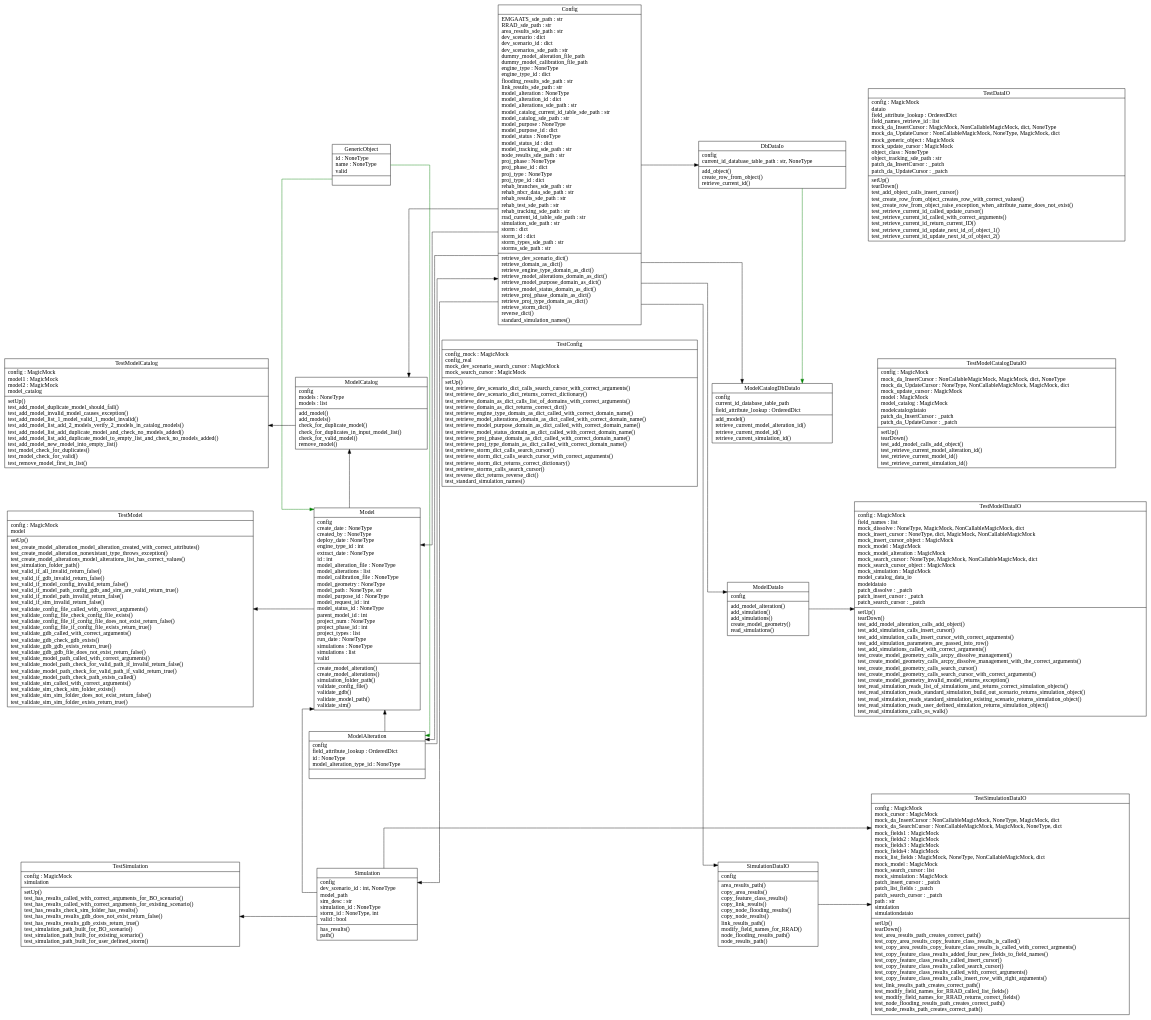
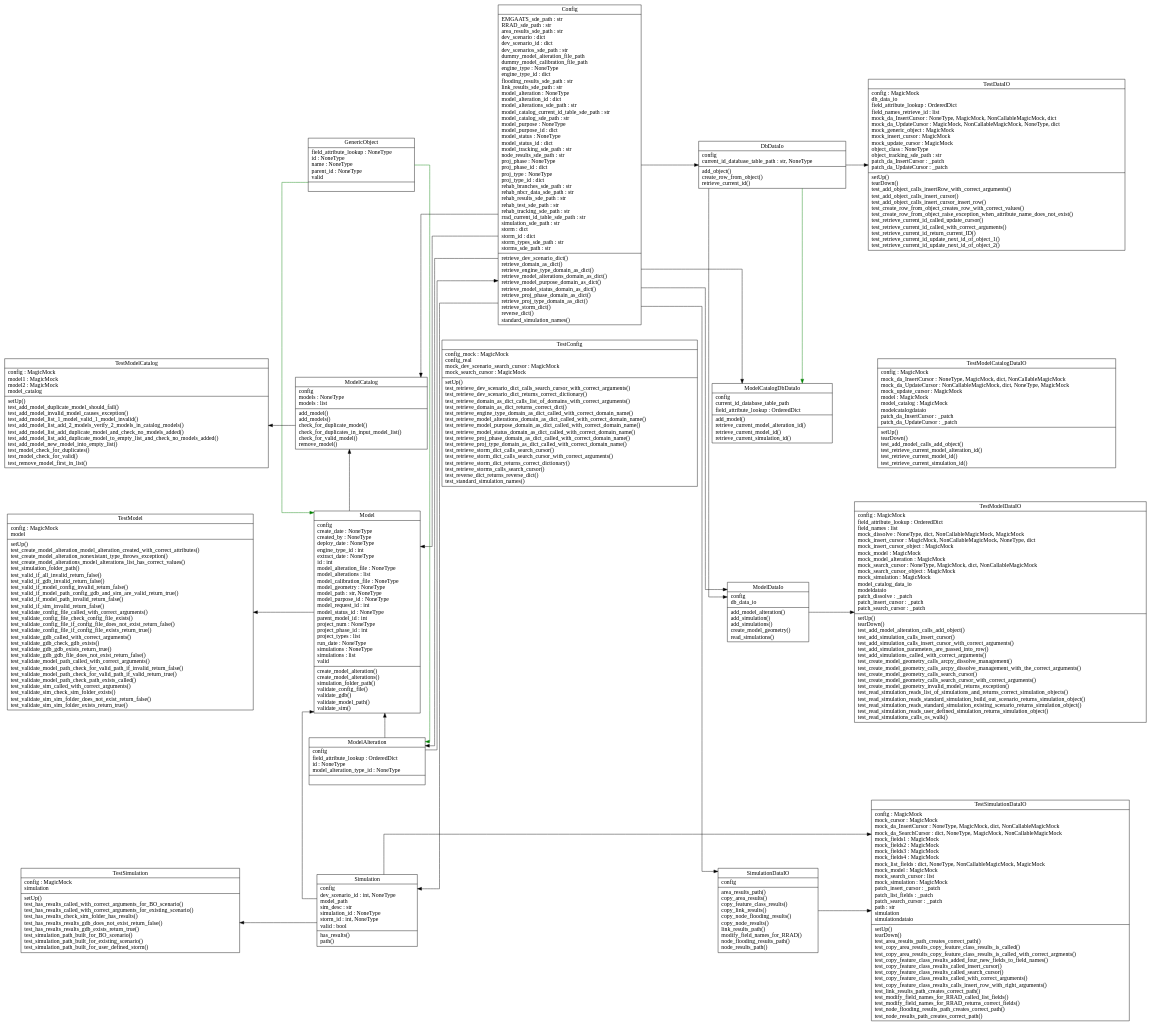
Before and after one commit to PDXBES/ModelCatalog: the diagram in docs/Class_Diagram_Tool/finalModel_Catalog.dot, drawn with Graphviz. The commit also changed 20 other files, not shown here.

Commit message:
added to model alterations

```diff
--- a/docs/Class_Diagram_Tool/finalModel_Catalog.dot
+++ b/docs/Class_Diagram_Tool/finalModel_Catalog.dot
@@ -6,22 +6,22 @@
 splines="ortho";
 "Config" [label="{Config|EMGAATS_sde_path : str\lRRAD_sde_path : str\larea_results_sde_path : str\ldev_scenario : dict\ldev_scenario_id : dict\ldev_scenarios_sde_path : str\ldummy_model_alteration_file_path\ldummy_model_calibration_file_path\lengine_type : NoneType\lengine_type_id : dict\lflooding_results_sde_path : str\llink_results_sde_path : str\lmodel_alteration : NoneType\lmodel_alteration_id : dict\lmodel_alterations_sde_path : str\lmodel_catalog_current_id_table_sde_path : str\lmodel_catalog_sde_path : str\lmodel_purpose : NoneType\lmodel_purpose_id : dict\lmodel_status : NoneType\lmodel_status_id : dict\lmodel_tracking_sde_path : str\lnode_results_sde_path : str\lproj_phase : NoneType\lproj_phase_id : dict\lproj_type : NoneType\lproj_type_id : dict\lrehab_branches_sde_path : str\lrehab_nbcr_data_sde_path : str\lrehab_results_sde_path : str\lrehab_test_sde_path : str\lrehab_tracking_sde_path : str\lrrad_current_id_table_sde_path : str\lsimulation_sde_path : str\lstorm : dict\lstorm_id : dict\lstorm_types_sde_path : str\lstorms_sde_path : str\l|retrieve_dev_scenario_dict()\lretrieve_domain_as_dict()\lretrieve_engine_type_domain_as_dict()\lretrieve_model_alterations_domain_as_dict()\lretrieve_model_purpose_domain_as_dict()\lretrieve_model_status_domain_as_dict()\lretrieve_proj_phase_domain_as_dict()\lretrieve_proj_type_domain_as_dict()\lretrieve_storm_dict()\lreverse_dict()\lstandard_simulation_names()\l}", shape="record"];
 "DbDataIo" [label="{DbDataIo|config\lcurrent_id_database_table_path : str, NoneType\l|add_object()\lcreate_row_from_object()\lretrieve_current_id()\l}", shape="record"];
-"GenericObject" [label="{GenericObject|id : NoneType\lname : NoneType\lvalid\l|}", shape="record"];
-"Model" [label="{Model|config\lcreate_date : NoneType\lcreated_by : NoneType\ldeploy_date : NoneType\lengine_type_id : int\lextract_date : NoneType\lid : int\lmodel_alteration_file : NoneType\lmodel_alterations : list\lmodel_calibration_file : NoneType\lmodel_geometry : NoneType\lmodel_path : NoneType, str\lmodel_purpose_id : NoneType\lmodel_request_id : int\lmodel_status_id : NoneType\lparent_model_id : int\lproject_num : NoneType\lproject_phase_id : int\lproject_types : list\lrun_date : NoneType\lsimulations : NoneType\lsimulations : list\lvalid\l|create_model_alteration()\lcreate_model_alterations()\lsimulation_folder_path()\lvalidate_config_file()\lvalidate_gdb()\lvalidate_model_path()\lvalidate_sim()\l}", shape="record"];
+"GenericObject" [label="{GenericObject|field_attribute_lookup : NoneType\lid : NoneType\lname : NoneType\lparent_id : NoneType\lvalid\l|}", shape="record"];
+"Model" [label="{Model|config\lcreate_date : NoneType\lcreated_by : NoneType\ldeploy_date : NoneType\lengine_type_id : int\lextract_date : NoneType\lid : int\lmodel_alteration_file : NoneType\lmodel_alterations : list\lmodel_calibration_file : NoneType\lmodel_geometry : NoneType\lmodel_path : str, NoneType\lmodel_purpose_id : NoneType\lmodel_request_id : int\lmodel_status_id : NoneType\lparent_model_id : int\lproject_num : NoneType\lproject_phase_id : int\lproject_types : list\lrun_date : NoneType\lsimulations : NoneType\lsimulations : list\lvalid\l|create_model_alteration()\lcreate_model_alterations()\lsimulation_folder_path()\lvalidate_config_file()\lvalidate_gdb()\lvalidate_model_path()\lvalidate_sim()\l}", shape="record"];
 "ModelAlteration" [label="{ModelAlteration|config\lfield_attribute_lookup : OrderedDict\lid : NoneType\lmodel_alteration_type_id : NoneType\l|}", shape="record"];
 "ModelCatalog" [label="{ModelCatalog|config\lmodels : NoneType\lmodels : list\l|add_model()\ladd_models()\lcheck_for_duplicate_model()\lcheck_for_duplicates_in_input_model_list()\lcheck_for_valid_model()\lremove_model()\l}", shape="record"];
 "ModelCatalogDbDataIo" [label="{ModelCatalogDbDataIo|config\lcurrent_id_database_table_path\lfield_attribute_lookup : OrderedDict\l|add_model()\lretrieve_current_model_alteration_id()\lretrieve_current_model_id()\lretrieve_current_simulation_id()\l}", shape="record"];
-"ModelDataIo" [label="{ModelDataIo|config\l|add_model_alteration()\ladd_simulation()\ladd_simulations()\lcreate_model_geometry()\lread_simulations()\l}", shape="record"];
-"Simulation" [label="{Simulation|config\ldev_scenario_id : int, NoneType\lmodel_path\lsim_desc : str\lsimulation_id : NoneType\lstorm_id : NoneType, int\lvalid : bool\l|has_results()\lpath()\l}", shape="record"];
+"ModelDataIo" [label="{ModelDataIo|config\ldb_data_io\l|add_model_alteration()\ladd_simulation()\ladd_simulations()\lcreate_model_geometry()\lread_simulations()\l}", shape="record"];
+"Simulation" [label="{Simulation|config\ldev_scenario_id : int, NoneType\lmodel_path\lsim_desc : str\lsimulation_id : NoneType\lstorm_id : int, NoneType\lvalid : bool\l|has_results()\lpath()\l}", shape="record"];
 "SimulationDataIO" [label="{SimulationDataIO|config\l|area_results_path()\lcopy_area_results()\lcopy_feature_class_results()\lcopy_link_results()\lcopy_node_flooding_results()\lcopy_node_results()\llink_results_path()\lmodify_field_names_for_RRAD()\lnode_flooding_results_path()\lnode_results_path()\l}", shape="record"];
 "TestConfig" [label="{TestConfig|config_mock : MagicMock\lconfig_real\lmock_dev_scenario_search_cursor : MagicMock\lmock_search_cursor : MagicMock\l|setUp()\ltest_retrieve_dev_scenario_dict_calls_search_cursor_with_correct_arguments()\ltest_retrieve_dev_scenario_dict_returns_correct_dictionary()\ltest_retrieve_domain_as_dict_calls_list_of_domains_with_correct_arguments()\ltest_retrieve_domain_as_dict_returns_correct_dict()\ltest_retrieve_engine_type_domain_as_dict_called_with_correct_domain_name()\ltest_retrieve_model_alterations_domain_as_dict_called_with_correct_domain_name()\ltest_retrieve_model_purpose_domain_as_dict_called_with_correct_domain_name()\ltest_retrieve_model_status_domain_as_dict_called_with_correct_domain_name()\ltest_retrieve_proj_phase_domain_as_dict_called_with_correct_domain_name()\ltest_retrieve_proj_type_domain_as_dict_called_with_correct_domain_name()\ltest_retrieve_storm_dict_calls_search_cursor()\ltest_retrieve_storm_dict_calls_search_cursor_with_correct_arguments()\ltest_retrieve_storm_dict_returns_correct_dictionary()\ltest_retrieve_storms_calls_search_cursor()\ltest_reverse_dict_returns_reverse_dict()\ltest_standard_simulation_names()\l}", shape="record"];
-"TestDataIO" [label="{TestDataIO|config : MagicMock\ldataio\lfield_attribute_lookup : OrderedDict\lfield_names_retrieve_id : list\lmock_da_InsertCursor : MagicMock, NonCallableMagicMock, dict, NoneType\lmock_da_UpdateCursor : NonCallableMagicMock, NoneType, MagicMock, dict\lmock_generic_object : MagicMock\lmock_update_cursor : MagicMock\lobject_class : NoneType\lobject_tracking_sde_path : str\lpatch_da_InsertCursor : _patch\lpatch_da_UpdateCursor : _patch\l|setUp()\ltearDown()\ltest_add_object_calls_insert_cursor()\ltest_create_row_from_object_creates_row_with_correct_values()\ltest_create_row_from_object_raise_exception_when_attribute_name_does_not_exist()\ltest_retrieve_current_id_called_update_cursor()\ltest_retrieve_current_id_called_with_correct_arguments()\ltest_retrieve_current_id_return_current_ID()\ltest_retrieve_current_id_update_next_id_of_object_1()\ltest_retrieve_current_id_update_next_id_of_object_2()\l}", shape="record"];
+"TestDataIO" [label="{TestDataIO|config : MagicMock\ldb_data_io\lfield_attribute_lookup : OrderedDict\lfield_names_retrieve_id : list\lmock_da_InsertCursor : NoneType, MagicMock, NonCallableMagicMock, dict\lmock_da_UpdateCursor : MagicMock, NonCallableMagicMock, NoneType, dict\lmock_generic_object : MagicMock\lmock_insert_cursor : MagicMock\lmock_update_cursor : MagicMock\lobject_class : NoneType\lobject_tracking_sde_path : str\lpatch_da_InsertCursor : _patch\lpatch_da_UpdateCursor : _patch\l|setUp()\ltearDown()\ltest_add_object_calls_insertRow_with_correct_arguments()\ltest_add_object_calls_insert_cursor()\ltest_add_object_calls_insert_cursor_insert_row()\ltest_create_row_from_object_creates_row_with_correct_values()\ltest_create_row_from_object_raise_exception_when_attribute_name_does_not_exist()\ltest_retrieve_current_id_called_update_cursor()\ltest_retrieve_current_id_called_with_correct_arguments()\ltest_retrieve_current_id_return_current_ID()\ltest_retrieve_current_id_update_next_id_of_object_1()\ltest_retrieve_current_id_update_next_id_of_object_2()\l}", shape="record"];
 "TestModel" [label="{TestModel|config : MagicMock\lmodel\l|setUp()\ltest_create_model_alteration_model_alteration_created_with_correct_attributes()\ltest_create_model_alteration_nonexistant_type_throws_exception()\ltest_create_model_alterations_model_alterations_list_has_correct_values()\ltest_simulation_folder_path()\ltest_valid_if_all_invalid_return_false()\ltest_valid_if_gdb_invalid_return_false()\ltest_valid_if_model_config_invalid_return_false()\ltest_valid_if_model_path_config_gdb_and_sim_are_valid_return_true()\ltest_valid_if_model_path_invalid_return_false()\ltest_valid_if_sim_invalid_return_false()\ltest_validate_config_file_called_with_correct_arguments()\ltest_validate_config_file_check_config_file_exists()\ltest_validate_config_file_if_config_file_does_not_exist_return_false()\ltest_validate_config_file_if_config_file_exists_return_true()\ltest_validate_gdb_called_with_correct_arguments()\ltest_validate_gdb_check_gdb_exists()\ltest_validate_gdb_gdb_exists_return_true()\ltest_validate_gdb_gdb_file_does_not_exist_return_false()\ltest_validate_model_path_called_with_correct_arguments()\ltest_validate_model_path_check_for_valid_path_if_invalid_return_false()\ltest_validate_model_path_check_for_valid_path_if_valid_return_true()\ltest_validate_model_path_check_path_exists_called()\ltest_validate_sim_called_with_correct_arguments()\ltest_validate_sim_check_sim_folder_exists()\ltest_validate_sim_sim_folder_does_not_exist_return_false()\ltest_validate_sim_sim_folder_exists_return_true()\l}", shape="record"];
 "TestModelCatalog" [label="{TestModelCatalog|config : MagicMock\lmodel1 : MagicMock\lmodel2 : MagicMock\lmodel_catalog\l|setUp()\ltest_add_model_duplicate_model_should_fail()\ltest_add_model_invalid_model_causes_exception()\ltest_add_model_list_1_model_valid_1_model_invalid()\ltest_add_model_list_add_2_models_verify_2_models_in_catalog_models()\ltest_add_model_list_add_duplicate_model_and_check_no_models_added()\ltest_add_model_list_add_duplicate_model_to_empty_list_and_check_no_models_added()\ltest_add_model_new_model_into_empty_list()\ltest_model_check_for_duplicates()\ltest_model_check_for_valid()\ltest_remove_model_first_in_list()\l}", shape="record"];
-"TestModelCatalogDataIO" [label="{TestModelCatalogDataIO|config : MagicMock\lmock_da_InsertCursor : NonCallableMagicMock, MagicMock, dict, NoneType\lmock_da_UpdateCursor : NoneType, NonCallableMagicMock, MagicMock, dict\lmock_update_cursor : MagicMock\lmodel : MagicMock\lmodel_catalog : MagicMock\lmodelcatalogdataio\lpatch_da_InsertCursor : _patch\lpatch_da_UpdateCursor : _patch\l|setUp()\ltearDown()\ltest_add_model_calls_add_object()\ltest_retrieve_current_model_alteration_id()\ltest_retrieve_current_model_id()\ltest_retrieve_current_simulation_id()\l}", shape="record"];
-"TestModelDataIO" [label="{TestModelDataIO|config : MagicMock\lfield_names : list\lmock_dissolve : NoneType, MagicMock, NonCallableMagicMock, dict\lmock_insert_cursor : NoneType, dict, MagicMock, NonCallableMagicMock\lmock_insert_cursor_object : MagicMock\lmock_model : MagicMock\lmock_model_alteration : MagicMock\lmock_search_cursor : NoneType, MagicMock, NonCallableMagicMock, dict\lmock_search_cursor_object : MagicMock\lmock_simulation : MagicMock\lmodel_catalog_data_io\lmodeldataio\lpatch_dissolve : _patch\lpatch_insert_cursor : _patch\lpatch_search_cursor : _patch\l|setUp()\ltearDown()\ltest_add_model_alteration_calls_add_object()\ltest_add_simulation_calls_insert_cursor()\ltest_add_simulation_calls_insert_cursor_with_correct_arguments()\ltest_add_simulation_parameters_are_passed_into_row()\ltest_add_simulations_called_with_correct_arguments()\ltest_create_model_geometry_calls_arcpy_dissolve_management()\ltest_create_model_geometry_calls_arcpy_dissolve_management_with_the_correct_arguments()\ltest_create_model_geometry_calls_search_cursor()\ltest_create_model_geometry_calls_search_cursor_with_correct_arguments()\ltest_create_model_geometry_invalid_model_returns_exception()\ltest_read_simulation_reads_list_of_simulations_and_returns_correct_simulation_objects()\ltest_read_simulation_reads_standard_simulation_build_out_scenario_returns_simulation_object()\ltest_read_simulation_reads_standard_simulation_existing_scenario_returns_simulation_object()\ltest_read_simulation_reads_user_defined_simulation_returns_simulation_object()\ltest_read_simulations_calls_os_walk()\l}", shape="record"];
+"TestModelCatalogDataIO" [label="{TestModelCatalogDataIO|config : MagicMock\lmock_da_InsertCursor : NoneType, MagicMock, dict, NonCallableMagicMock\lmock_da_UpdateCursor : NonCallableMagicMock, dict, NoneType, MagicMock\lmock_update_cursor : MagicMock\lmodel : MagicMock\lmodel_catalog : MagicMock\lmodelcatalogdataio\lpatch_da_InsertCursor : _patch\lpatch_da_UpdateCursor : _patch\l|setUp()\ltearDown()\ltest_add_model_calls_add_object()\ltest_retrieve_current_model_alteration_id()\ltest_retrieve_current_model_id()\ltest_retrieve_current_simulation_id()\l}", shape="record"];
+"TestModelDataIO" [label="{TestModelDataIO|config : MagicMock\lfield_attribute_lookup : OrderedDict\lfield_names : list\lmock_dissolve : NoneType, dict, NonCallableMagicMock, MagicMock\lmock_insert_cursor : MagicMock, NonCallableMagicMock, NoneType, dict\lmock_insert_cursor_object : MagicMock\lmock_model : MagicMock\lmock_model_alteration : MagicMock\lmock_search_cursor : NoneType, MagicMock, dict, NonCallableMagicMock\lmock_search_cursor_object : MagicMock\lmock_simulation : MagicMock\lmodel_catalog_data_io\lmodeldataio\lpatch_dissolve : _patch\lpatch_insert_cursor : _patch\lpatch_search_cursor : _patch\l|setUp()\ltearDown()\ltest_add_model_alteration_calls_add_object()\ltest_add_simulation_calls_insert_cursor()\ltest_add_simulation_calls_insert_cursor_with_correct_arguments()\ltest_add_simulation_parameters_are_passed_into_row()\ltest_add_simulations_called_with_correct_arguments()\ltest_create_model_geometry_calls_arcpy_dissolve_management()\ltest_create_model_geometry_calls_arcpy_dissolve_management_with_the_correct_arguments()\ltest_create_model_geometry_calls_search_cursor()\ltest_create_model_geometry_calls_search_cursor_with_correct_arguments()\ltest_create_model_geometry_invalid_model_returns_exception()\ltest_read_simulation_reads_list_of_simulations_and_returns_correct_simulation_objects()\ltest_read_simulation_reads_standard_simulation_build_out_scenario_returns_simulation_object()\ltest_read_simulation_reads_standard_simulation_existing_scenario_returns_simulation_object()\ltest_read_simulation_reads_user_defined_simulation_returns_simulation_object()\ltest_read_simulations_calls_os_walk()\l}", shape="record"];
 "TestSimulation" [label="{TestSimulation|config : MagicMock\lsimulation\l|setUp()\ltest_has_results_called_with_correct_arguments_for_BO_scenario()\ltest_has_results_called_with_correct_arguments_for_existing_scenario()\ltest_has_results_check_sim_folder_has_results()\ltest_has_results_results_gdb_does_not_exist_return_false()\ltest_has_results_results_gdb_exists_return_true()\ltest_simulation_path_built_for_BO_scenario()\ltest_simulation_path_built_for_existing_scenario()\ltest_simulation_path_built_for_user_defined_storm()\l}", shape="record"];
-"TestSimulationDataIO" [label="{TestSimulationDataIO|config : MagicMock\lmock_cursor : MagicMock\lmock_da_InsertCursor : NonCallableMagicMock, NoneType, MagicMock, dict\lmock_da_SearchCursor : NonCallableMagicMock, MagicMock, NoneType, dict\lmock_fields1 : MagicMock\lmock_fields2 : MagicMock\lmock_fields3 : MagicMock\lmock_fields4 : MagicMock\lmock_list_fields : MagicMock, NoneType, NonCallableMagicMock, dict\lmock_model : MagicMock\lmock_search_cursor : list\lmock_simulation : MagicMock\lpatch_insert_cursor : _patch\lpatch_list_fields : _patch\lpatch_search_cursor : _patch\lpath : str\lsimulation\lsimulationdataio\l|setUp()\ltearDown()\ltest_area_results_path_creates_correct_path()\ltest_copy_area_results_copy_feature_class_results_is_called()\ltest_copy_area_results_copy_feature_class_results_is_called_with_correct_argments()\ltest_copy_feature_class_results_added_four_new_fields_to_field_names()\ltest_copy_feature_class_results_called_insert_cursor()\ltest_copy_feature_class_results_called_search_cursor()\ltest_copy_feature_class_results_called_with_correct_arguments()\ltest_copy_feature_class_results_calls_insert_row_with_right_arguments()\ltest_link_results_path_creates_correct_path()\ltest_modify_field_names_for_RRAD_called_list_fields()\ltest_modify_field_names_for_RRAD_returns_correct_fields()\ltest_node_flooding_results_path_creates_correct_path()\ltest_node_results_path_creates_correct_path()\l}", shape="record"];
+"TestSimulationDataIO" [label="{TestSimulationDataIO|config : MagicMock\lmock_cursor : MagicMock\lmock_da_InsertCursor : NoneType, MagicMock, dict, NonCallableMagicMock\lmock_da_SearchCursor : dict, NoneType, MagicMock, NonCallableMagicMock\lmock_fields1 : MagicMock\lmock_fields2 : MagicMock\lmock_fields3 : MagicMock\lmock_fields4 : MagicMock\lmock_list_fields : dict, NoneType, NonCallableMagicMock, MagicMock\lmock_model : MagicMock\lmock_search_cursor : list\lmock_simulation : MagicMock\lpatch_insert_cursor : _patch\lpatch_list_fields : _patch\lpatch_search_cursor : _patch\lpath : str\lsimulation\lsimulationdataio\l|setUp()\ltearDown()\ltest_area_results_path_creates_correct_path()\ltest_copy_area_results_copy_feature_class_results_is_called()\ltest_copy_area_results_copy_feature_class_results_is_called_with_correct_argments()\ltest_copy_feature_class_results_added_four_new_fields_to_field_names()\ltest_copy_feature_class_results_called_insert_cursor()\ltest_copy_feature_class_results_called_search_cursor()\ltest_copy_feature_class_results_called_with_correct_arguments()\ltest_copy_feature_class_results_calls_insert_row_with_right_arguments()\ltest_link_results_path_creates_correct_path()\ltest_modify_field_names_for_RRAD_called_list_fields()\ltest_modify_field_names_for_RRAD_returns_correct_fields()\ltest_node_flooding_results_path_creates_correct_path()\ltest_node_results_path_creates_correct_path()\l}", shape="record"];
 
 "_d0" [label="_d0", shape="record" style=invis];
 "_d2" [label="_d2", shape="record" style=invis];
@@ -39,6 +39,7 @@
 {rank= same TestModelCatalog->ModelCatalog->TestConfig->ModelCatalogDbDataIo->TestModelCatalogDataIO [constraint=True style=invis]};
 "ModelAlteration"->"Config";
 "Config"->"DbDataIo";
+"DbDataIo"->"TestDataIO";
 "ModelCatalog"->"TestModelCatalog";
 "Config"->"ModelCatalog";
 "Model"->"ModelCatalog";
@@ -48,6 +49,7 @@
 "ModelAlteration"->"Model";
 "Simulation"->"Model";
 "Config"->"ModelDataIo";
+"DbDataIo"->"ModelDataIo";
 "ModelDataIo"->"TestModelDataIO";
 "Config"->"ModelAlteration";
 "Simulation"->"TestSimulation";
```
